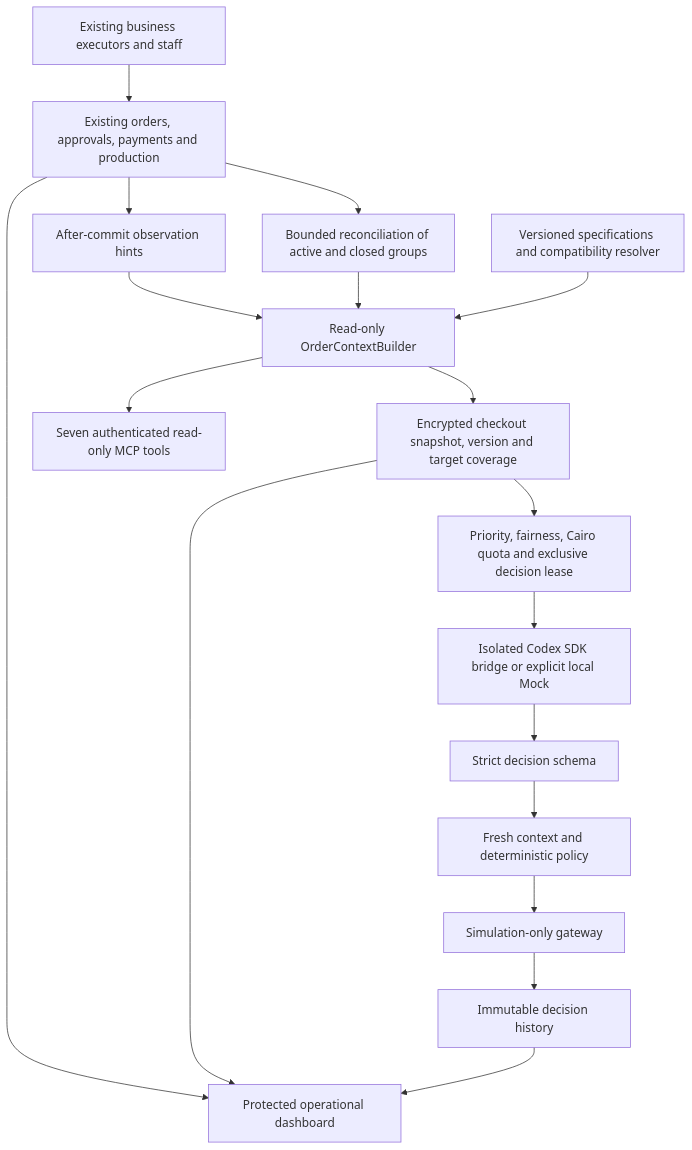
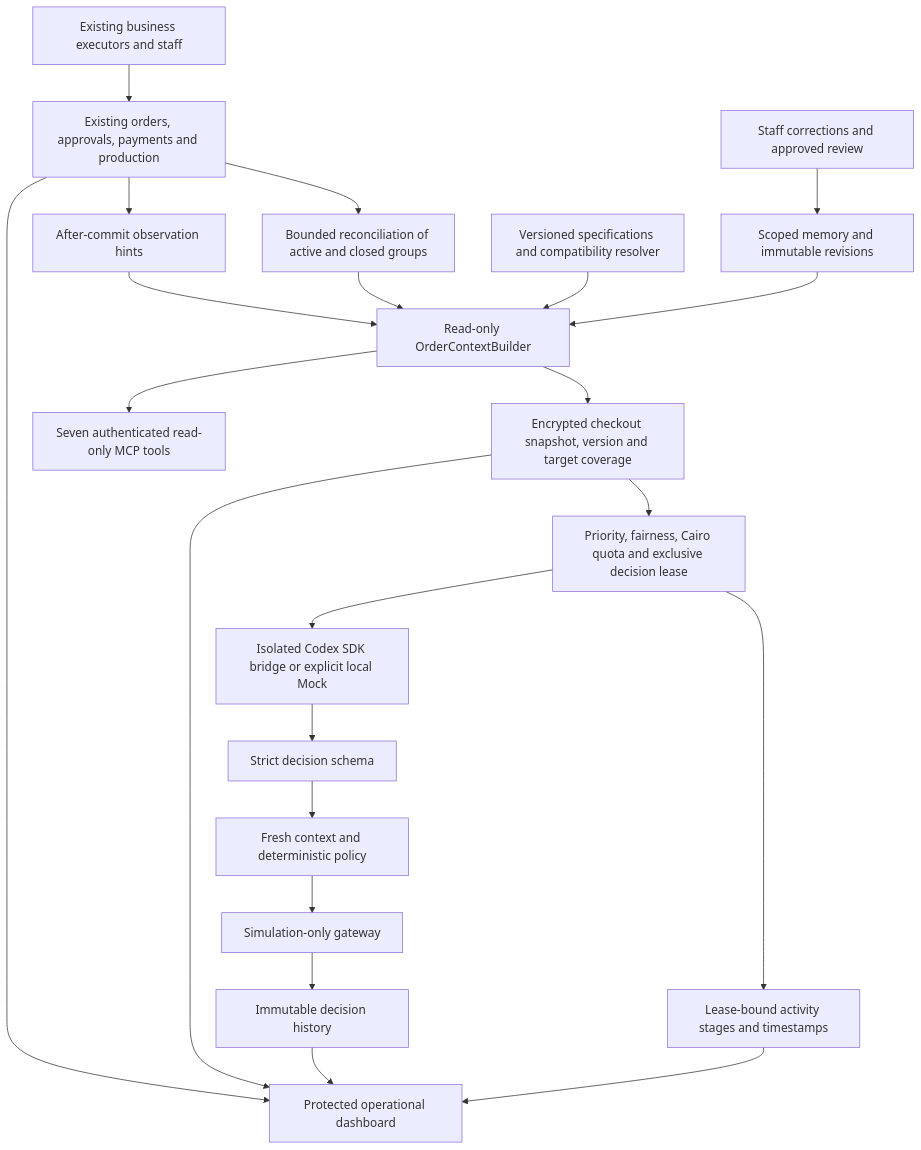
One commit to HosamZewain/herokid changed the diagram in docs/agentic-shadow-architecture.md. Above: the diagram before and after it, drawn with Mermaid. The commit also changed other lines of this file and 40 other files, not shown here.

Commit message:
Add editable memory and activity tracking for HeroKid Auto Pilot

````diff
--- a/docs/agentic-shadow-architecture.md
+++ b/docs/agentic-shadow-architecture.md
@@ -7,20 +7,24 @@
 ```mermaid
 flowchart TD
     A[Existing orders, approvals, payments and production] --> B[After-commit observation hints]
     A --> C[Bounded reconciliation of active and closed groups]
     B --> D[Read-only OrderContextBuilder]
     C --> D
     S[Versioned specifications and compatibility resolver] --> D
+    O[Staff corrections and approved review] --> P[Scoped memory and immutable revisions]
+    P --> D
     D --> E[Encrypted checkout snapshot, version and target coverage]
     E --> F[Priority, fairness, Cairo quota and exclusive decision lease]
     F --> G[Isolated Codex SDK bridge or explicit local Mock]
     G --> H[Strict decision schema]
     H --> I[Fresh context and deterministic policy]
     I --> J[Simulation-only gateway]
     J --> K[Immutable decision history]
     A --> L[Protected operational dashboard]
     E --> L
     K --> L
+    F --> Q[Lease-bound activity stages and timestamps]
+    Q --> L
     D --> M[Seven authenticated read-only MCP tools]
     N[Existing business executors and staff] --> A
 ```
````
